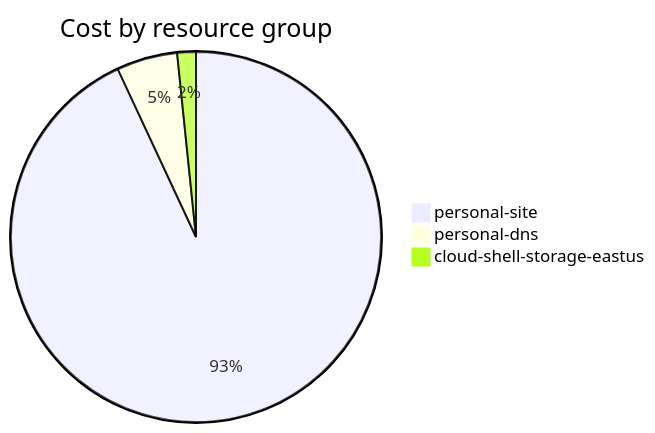
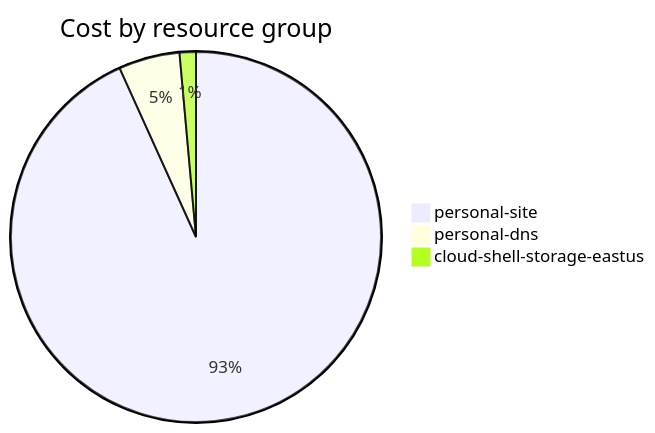
The fourth of 4 diagrams in cost-reports/accumulated-cost.md (jpfulton/azure-personal-reports), drawn with Mermaid before and after one commit. The commit also changed other lines of this file and 4 other files, not shown here.

````diff
--- a/cost-reports/accumulated-cost.md
+++ b/cost-reports/accumulated-cost.md
@@ -139,7 +139,7 @@
 ```mermaid
 pie
    title Cost by resource group
-   "personal-site" : 2.28
-   "personal-dns" : 0.13
+   "personal-site" : 2.62
+   "personal-dns" : 0.15
    "cloud-shell-storage-eastus" : 0.04
 ```
````
